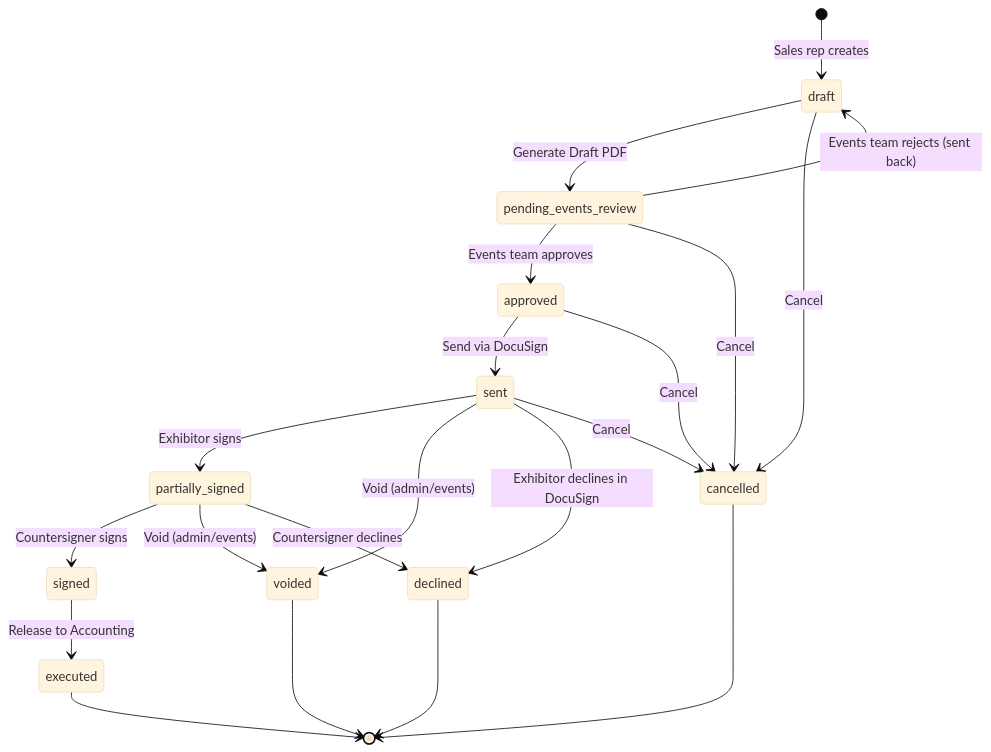
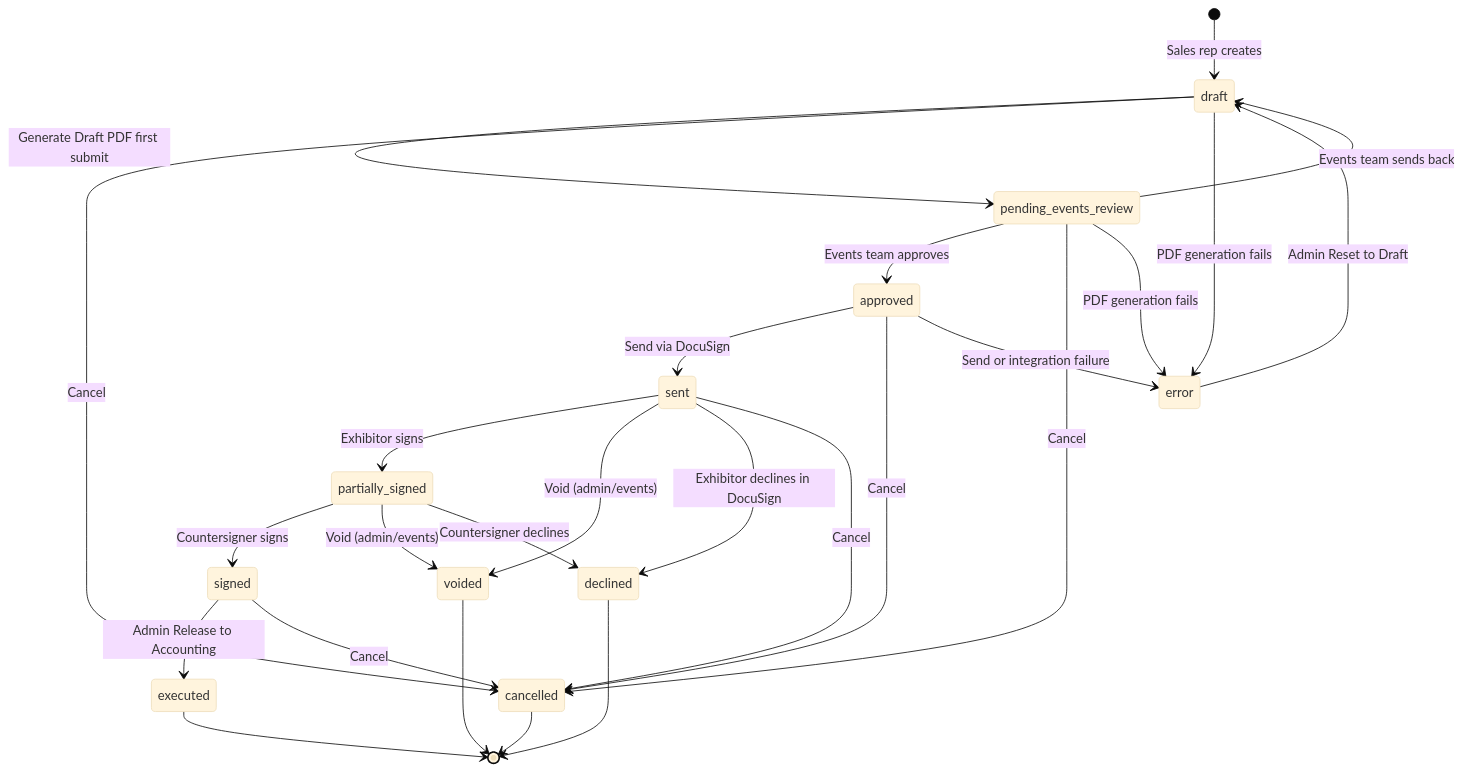
Before and after one commit to mcapace/whiskyfest-contracts: the first of 8 diagrams in docs/WORKFLOW.md, drawn with Mermaid (base theme). The commit also changed other lines of this file and 2 other files, not shown here.

First line of the commit message:
docs: Refresh SCHEMA/ARCHITECTURE/WORKFLOW mermaid for current product

````diff
--- a/docs/WORKFLOW.md
+++ b/docs/WORKFLOW.md
@@ -15,30 +15,36 @@
 ```mermaid
 stateDiagram-v2
     [*] --> draft: Sales rep creates
     
-    draft --> pending_events_review: Generate Draft PDF
+    draft --> pending_events_review: Generate Draft PDF first submit
     draft --> cancelled: Cancel
+    draft --> error: PDF generation fails
     
     pending_events_review --> approved: Events team approves
-    pending_events_review --> draft: Events team rejects (sent back)
+    pending_events_review --> draft: Events team sends back
     pending_events_review --> cancelled: Cancel
+    pending_events_review --> error: PDF generation fails
     
     approved --> sent: Send via DocuSign
     approved --> cancelled: Cancel
+    approved --> error: Send or integration failure
     
     sent --> partially_signed: Exhibitor signs
     sent --> voided: Void (admin/events)
     sent --> declined: Exhibitor declines in DocuSign
     sent --> cancelled: Cancel
     
     partially_signed --> signed: Countersigner signs
     partially_signed --> voided: Void (admin/events)
     partially_signed --> declined: Countersigner declines
     
-    signed --> executed: Release to Accounting
+    signed --> executed: Admin Release to Accounting
+    signed --> cancelled: Cancel
+    
+    error --> draft: Admin Reset to Draft
     
     executed --> [*]
     cancelled --> [*]
     voided --> [*]
     declined --> [*]
 ```
````
